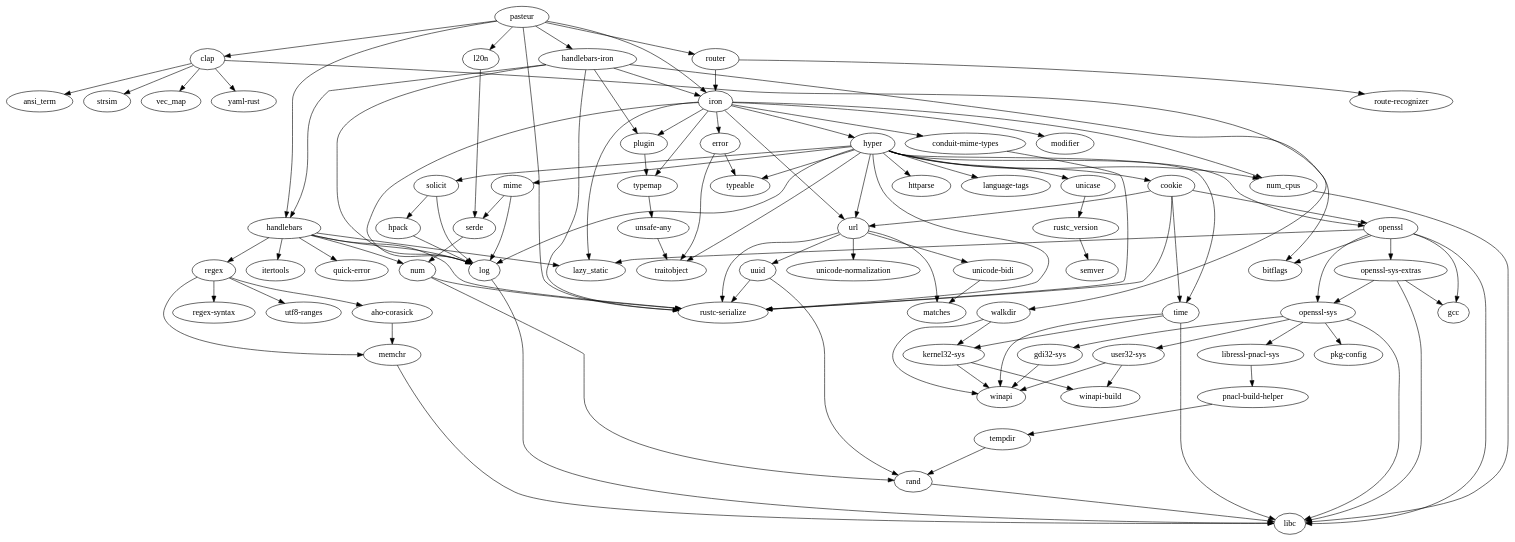
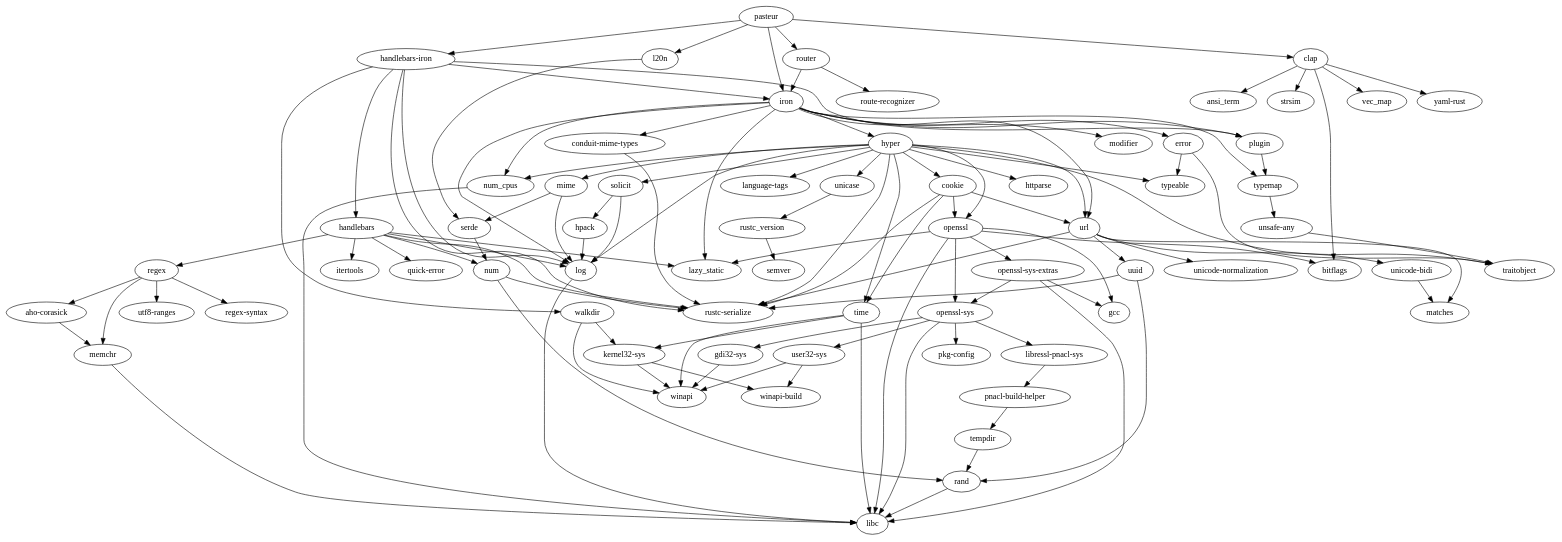
The diagram in Cargo.dot (adjivas/pasteur), drawn with Graphviz before and after one commit. The commit also changed 11 other files, not shown here.

```diff
--- a/Cargo.dot
+++ b/Cargo.dot
@@ -1,184 +1,182 @@
 digraph dependencies {
 	N0[label="pasteur"];
 	N1[label="clap"];
-	N2[label="handlebars"];
-	N3[label="handlebars-iron"];
-	N4[label="iron"];
-	N5[label="l20n"];
-	N6[label="router"];
-	N7[label="rustc-serialize"];
-	N8[label="aho-corasick"];
-	N9[label="memchr"];
-	N10[label="ansi_term"];
-	N11[label="bitflags"];
-	N12[label="strsim"];
-	N13[label="vec_map"];
-	N14[label="yaml-rust"];
-	N15[label="conduit-mime-types"];
-	N16[label="cookie"];
-	N17[label="openssl"];
-	N18[label="time"];
-	N19[label="url"];
-	N20[label="error"];
-	N21[label="traitobject"];
-	N22[label="typeable"];
-	N23[label="gcc"];
-	N24[label="gdi32-sys"];
-	N25[label="winapi"];
+	N2[label="handlebars-iron"];
+	N3[label="iron"];
+	N4[label="l20n"];
+	N5[label="router"];
+	N6[label="aho-corasick"];
+	N7[label="memchr"];
+	N8[label="ansi_term"];
+	N9[label="bitflags"];
+	N10[label="strsim"];
+	N11[label="vec_map"];
+	N12[label="yaml-rust"];
+	N13[label="conduit-mime-types"];
+	N14[label="rustc-serialize"];
+	N15[label="cookie"];
+	N16[label="openssl"];
+	N17[label="time"];
+	N18[label="url"];
+	N19[label="error"];
+	N20[label="traitobject"];
+	N21[label="typeable"];
+	N22[label="gcc"];
+	N23[label="gdi32-sys"];
+	N24[label="winapi"];
+	N25[label="handlebars"];
 	N26[label="itertools"];
 	N27[label="lazy_static"];
 	N28[label="log"];
 	N29[label="num"];
 	N30[label="quick-error"];
 	N31[label="regex"];
 	N32[label="plugin"];
 	N33[label="walkdir"];
 	N34[label="hpack"];
 	N35[label="httparse"];
 	N36[label="hyper"];
 	N37[label="language-tags"];
 	N38[label="mime"];
 	N39[label="num_cpus"];
 	N40[label="solicit"];
 	N41[label="unicase"];
 	N42[label="modifier"];
 	N43[label="typemap"];
 	N44[label="kernel32-sys"];
 	N45[label="winapi-build"];
 	N46[label="serde"];
 	N47[label="libc"];
 	N48[label="libressl-pnacl-sys"];
 	N49[label="pnacl-build-helper"];
 	N50[label="matches"];
 	N51[label="rand"];
 	N52[label="openssl-sys"];
 	N53[label="openssl-sys-extras"];
 	N54[label="pkg-config"];
 	N55[label="user32-sys"];
 	N56[label="tempdir"];
 	N57[label="regex-syntax"];
 	N58[label="utf8-ranges"];
 	N59[label="route-recognizer"];
 	N60[label="rustc_version"];
 	N61[label="semver"];
 	N62[label="unsafe-any"];
 	N63[label="unicode-bidi"];
 	N64[label="unicode-normalization"];
 	N65[label="uuid"];
 	N0 -> N1[label=""];
 	N0 -> N2[label=""];
 	N0 -> N3[label=""];
 	N0 -> N4[label=""];
 	N0 -> N5[label=""];
-	N0 -> N6[label=""];
-	N0 -> N7[label=""];
+	N1 -> N8[label=""];
+	N1 -> N9[label=""];
 	N1 -> N10[label=""];
 	N1 -> N11[label=""];
 	N1 -> N12[label=""];
-	N1 -> N13[label=""];
-	N1 -> N14[label=""];
-	N2 -> N7[label=""];
-	N2 -> N26[label=""];
-	N2 -> N27[label=""];
+	N2 -> N3[label=""];
+	N2 -> N14[label=""];
+	N2 -> N25[label=""];
 	N2 -> N28[label=""];
-	N2 -> N29[label=""];
-	N2 -> N30[label=""];
-	N2 -> N31[label=""];
-	N3 -> N2[label=""];
-	N3 -> N4[label=""];
-	N3 -> N7[label=""];
+	N2 -> N32[label=""];
+	N2 -> N33[label=""];
+	N3 -> N13[label=""];
+	N3 -> N18[label=""];
+	N3 -> N19[label=""];
+	N3 -> N27[label=""];
 	N3 -> N28[label=""];
 	N3 -> N32[label=""];
-	N3 -> N33[label=""];
-	N4 -> N15[label=""];
-	N4 -> N19[label=""];
-	N4 -> N20[label=""];
-	N4 -> N27[label=""];
-	N4 -> N28[label=""];
-	N4 -> N32[label=""];
-	N4 -> N36[label=""];
-	N4 -> N39[label=""];
-	N4 -> N42[label=""];
-	N4 -> N43[label=""];
-	N5 -> N46[label=""];
-	N6 -> N4[label=""];
-	N6 -> N59[label=""];
-	N8 -> N9[label=""];
-	N9 -> N47[label=""];
-	N15 -> N7[label=""];
-	N16 -> N7[label=""];
-	N16 -> N17[label=""];
-	N16 -> N18[label=""];
-	N16 -> N19[label=""];
-	N17 -> N11[label=""];
-	N17 -> N23[label=""];
-	N17 -> N27[label=""];
+	N3 -> N36[label=""];
+	N3 -> N39[label=""];
+	N3 -> N42[label=""];
+	N3 -> N43[label=""];
+	N4 -> N46[label=""];
+	N5 -> N3[label=""];
+	N5 -> N59[label=""];
+	N6 -> N7[label=""];
+	N7 -> N47[label=""];
+	N13 -> N14[label=""];
+	N15 -> N14[label=""];
+	N15 -> N16[label=""];
+	N15 -> N17[label=""];
+	N15 -> N18[label=""];
+	N16 -> N9[label=""];
+	N16 -> N22[label=""];
+	N16 -> N27[label=""];
+	N16 -> N47[label=""];
+	N16 -> N52[label=""];
+	N16 -> N53[label=""];
+	N17 -> N24[label=""];
+	N17 -> N44[label=""];
 	N17 -> N47[label=""];
-	N17 -> N52[label=""];
-	N17 -> N53[label=""];
-	N18 -> N25[label=""];
-	N18 -> N44[label=""];
-	N18 -> N47[label=""];
-	N19 -> N7[label=""];
-	N19 -> N50[label=""];
-	N19 -> N63[label=""];
-	N19 -> N64[label=""];
-	N19 -> N65[label=""];
-	N20 -> N21[label=""];
-	N20 -> N22[label=""];
-	N24 -> N25[label=""];
+	N18 -> N14[label=""];
+	N18 -> N50[label=""];
+	N18 -> N63[label=""];
+	N18 -> N64[label=""];
+	N18 -> N65[label=""];
+	N19 -> N20[label=""];
+	N19 -> N21[label=""];
+	N23 -> N24[label=""];
+	N25 -> N14[label=""];
+	N25 -> N26[label=""];
+	N25 -> N27[label=""];
+	N25 -> N28[label=""];
+	N25 -> N29[label=""];
+	N25 -> N30[label=""];
+	N25 -> N31[label=""];
 	N28 -> N47[label=""];
-	N29 -> N7[label=""];
+	N29 -> N14[label=""];
 	N29 -> N51[label=""];
-	N31 -> N8[label=""];
-	N31 -> N9[label=""];
+	N31 -> N6[label=""];
+	N31 -> N7[label=""];
 	N31 -> N57[label=""];
 	N31 -> N58[label=""];
 	N32 -> N43[label=""];
-	N33 -> N25[label=""];
+	N33 -> N24[label=""];
 	N33 -> N44[label=""];
 	N34 -> N28[label=""];
-	N36 -> N7[label=""];
+	N36 -> N14[label=""];
+	N36 -> N15[label=""];
 	N36 -> N16[label=""];
 	N36 -> N17[label=""];
 	N36 -> N18[label=""];
-	N36 -> N19[label=""];
+	N36 -> N20[label=""];
 	N36 -> N21[label=""];
-	N36 -> N22[label=""];
 	N36 -> N28[label=""];
 	N36 -> N35[label=""];
 	N36 -> N37[label=""];
 	N36 -> N38[label=""];
 	N36 -> N39[label=""];
 	N36 -> N40[label=""];
 	N36 -> N41[label=""];
 	N38 -> N28[label=""];
 	N38 -> N46[label=""];
 	N39 -> N47[label=""];
 	N40 -> N28[label=""];
 	N40 -> N34[label=""];
 	N41 -> N60[label=""];
 	N43 -> N62[label=""];
-	N44 -> N25[label=""];
+	N44 -> N24[label=""];
 	N44 -> N45[label=""];
 	N46 -> N29[label=""];
 	N48 -> N49[label=""];
 	N49 -> N56[label=""];
 	N51 -> N47[label=""];
-	N52 -> N24[label=""];
+	N52 -> N23[label=""];
 	N52 -> N47[label=""];
 	N52 -> N48[label=""];
 	N52 -> N54[label=""];
 	N52 -> N55[label=""];
-	N53 -> N23[label=""];
+	N53 -> N22[label=""];
 	N53 -> N47[label=""];
 	N53 -> N52[label=""];
-	N55 -> N25[label=""];
+	N55 -> N24[label=""];
 	N55 -> N45[label=""];
 	N56 -> N51[label=""];
 	N60 -> N61[label=""];
-	N62 -> N21[label=""];
+	N62 -> N20[label=""];
 	N63 -> N50[label=""];
-	N65 -> N7[label=""];
+	N65 -> N14[label=""];
 	N65 -> N51[label=""];
 }
```
